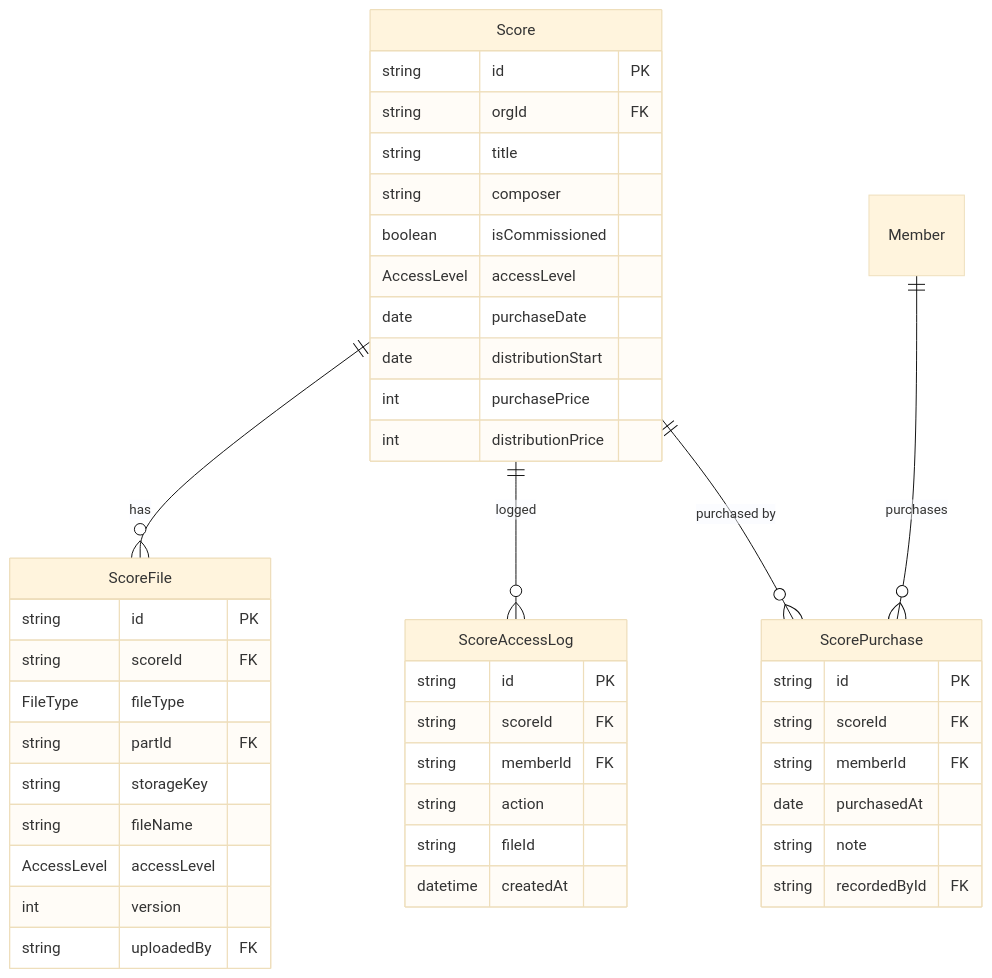
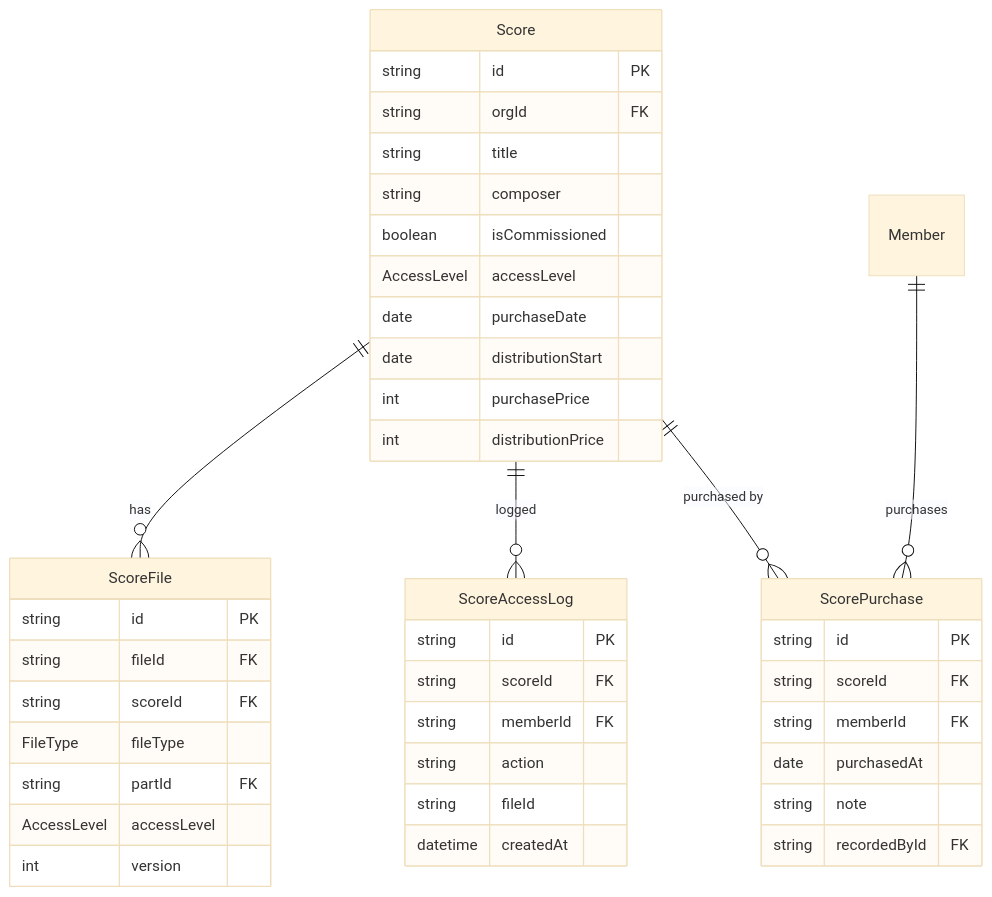
One commit to Genki1019/choirhub changed the fourth of 8 diagrams in docs/database.md. Above: the diagram before and after it, drawn with Mermaid (base theme). The commit also changed other lines of this file and 41 other files, not shown here.

````diff
--- a/docs/database.md
+++ b/docs/database.md
@@ -200,47 +203,45 @@
 ```mermaid
 erDiagram
     Score {
         string      id PK
         string      orgId FK
         string      title
         string      composer
         boolean     isCommissioned
         AccessLevel accessLevel
         date        purchaseDate
         date        distributionStart
         int         purchasePrice
         int         distributionPrice
     }
     ScoreFile {
         string      id PK
+        string      fileId FK
         string      scoreId FK
         FileType    fileType
         string      partId FK
-        string      storageKey
-        string      fileName
         AccessLevel accessLevel
         int         version
-        string      uploadedBy FK
     }
     ScoreAccessLog {
         string   id PK
         string   scoreId FK
         string   memberId FK
         string   action
         string   fileId
         datetime createdAt
     }
     ScorePurchase {
         string id PK
         string scoreId FK
         string memberId FK
         date   purchasedAt
         string note
         string recordedById FK
     }
 
     Score  ||--o{ ScoreFile      : "has"
     Score  ||--o{ ScoreAccessLog : "logged"
     Score  ||--o{ ScorePurchase  : "purchased by"
     Member ||--o{ ScorePurchase  : "purchases"
 ```
````
